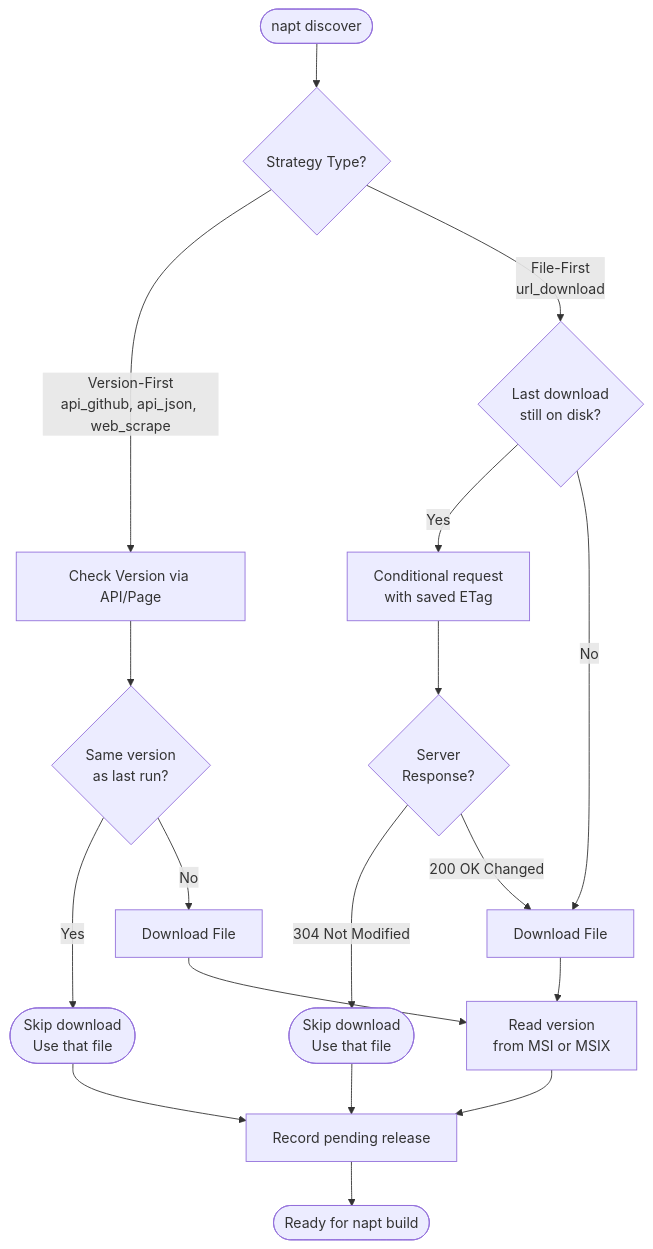
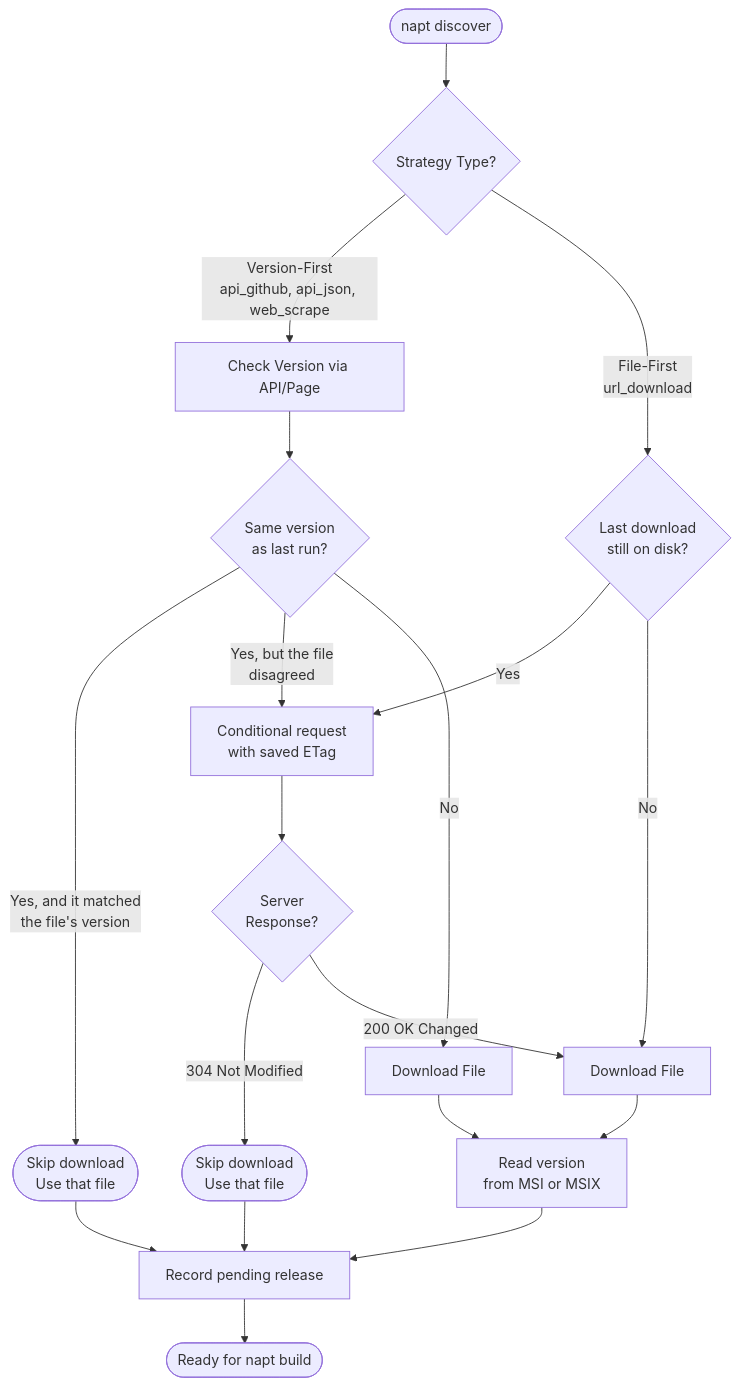
One commit to RogerCibrian/notapkgtool changed the second of 2 diagrams in docs/user-guide.md. Above: the diagram before and after it, drawn with Mermaid. The commit also changed other lines of this file and 3 other files, not shown here.

First line of the commit message:
fix: Recheck a download whose version disagreed (#133)

````diff
--- a/docs/user-guide.md
+++ b/docs/user-guide.md
@@ -783,24 +783,25 @@
 ```mermaid
 flowchart TD
     Start([napt discover]) --> Strategy{Strategy Type?}
 
     Strategy -->|Version-First<br/>api_github, api_json, web_scrape| CheckVersion[Check Version via API/Page]
     Strategy -->|File-First<br/>url_download| HaveFile{Last download<br/>still on disk?}
 
     CheckVersion --> SameVersion{Same version<br/>as last run?}
-    SameVersion -->|Yes| Skip1([Skip download<br/>Use that file])
+    SameVersion -->|Yes, and it matched<br/>the file's version| Skip1([Skip download<br/>Use that file])
+    SameVersion -->|Yes, but the file<br/>disagreed| CheckETag
     SameVersion -->|No| Download1[Download File]
 
     HaveFile -->|Yes| CheckETag[Conditional request<br/>with saved ETag]
     HaveFile -->|No| Download2[Download File]
     CheckETag --> ETagResponse{Server<br/>Response?}
     ETagResponse -->|304 Not Modified| Skip2([Skip download<br/>Use that file])
     ETagResponse -->|200 OK Changed| Download2
 
     Download1 --> ReadVersion[Read version<br/>from MSI or MSIX]
     Download2 --> ReadVersion
     ReadVersion --> Pending[Record pending release]
     Skip1 --> Pending
     Skip2 --> Pending
     Pending --> Ready([Ready for napt build])
 ```
````
